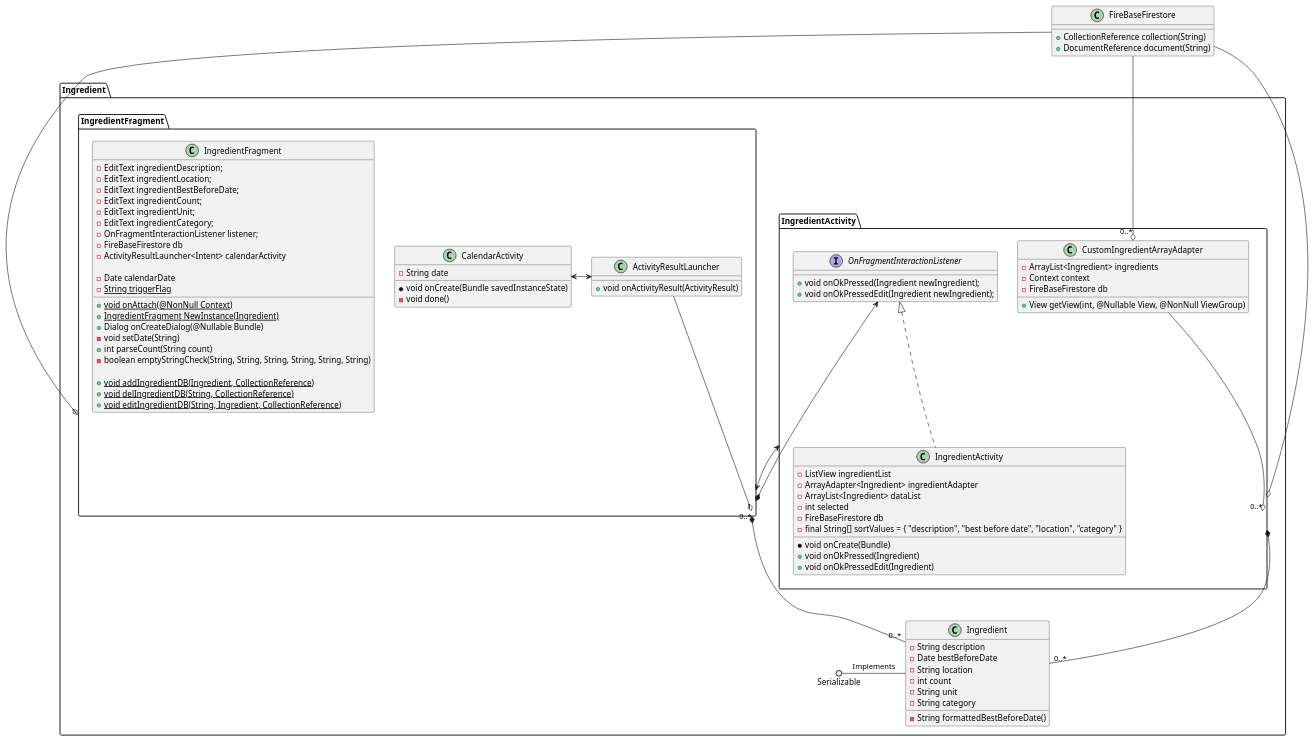
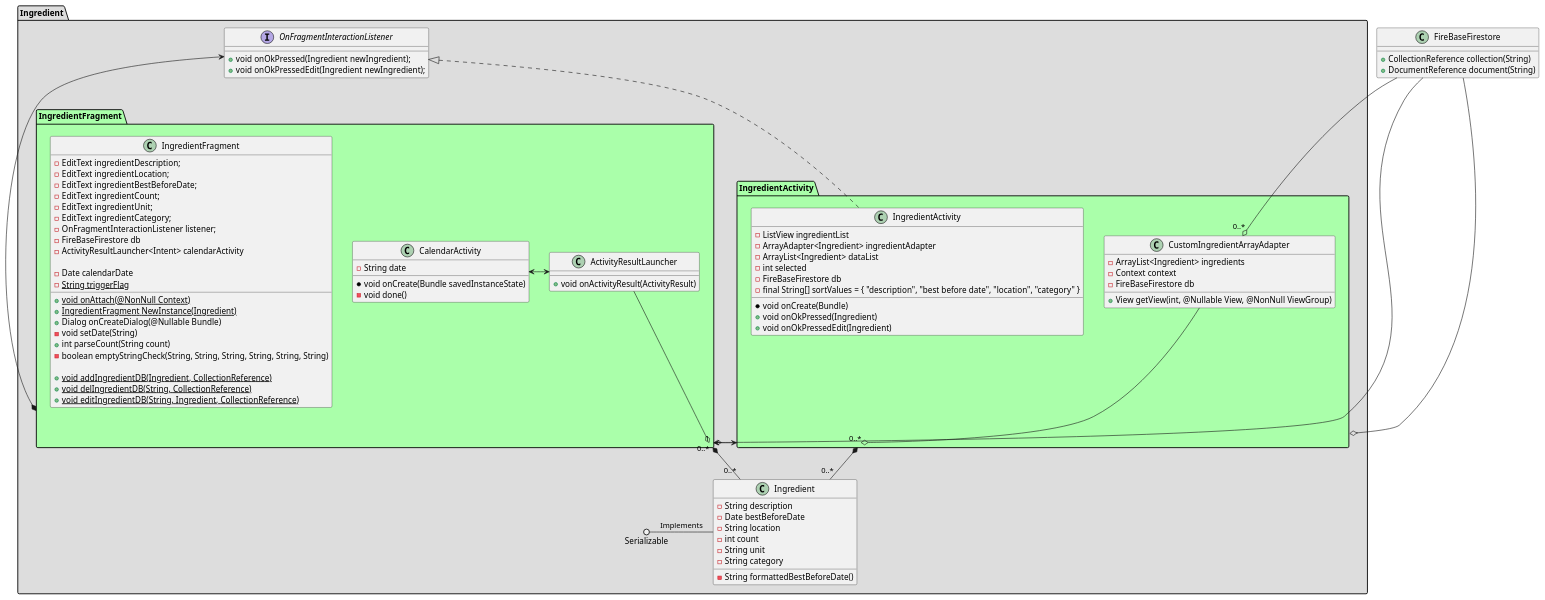
One commit to CMPUT301F22T31/FoodCart changed the diagram in doc/source/IngredientUML.puml. Above: the diagram before and after it, drawn with PlantUML. The commit also changed 4 other files, not shown here.

Commit message:
UML done, only needs comments

```diff
--- a/doc/source/IngredientUML.puml
+++ b/doc/source/IngredientUML.puml
@@ -1,107 +1,107 @@
 @startuml
 'https://plantuml.com/class-diagram
 
 class FireBaseFirestore
 {
     +CollectionReference collection(String)
     +DocumentReference document(String)
 }
 
-package Ingredient
+package Ingredient #DDD
 {
     class Ingredient
     {
         -String description
         -Date bestBeforeDate
         -String location
         -int count
         -String unit
         -String category
 
         -String formattedBestBeforeDate()
     }
-    package IngredientFragment
+    package IngredientFragment #AFA
     {
         class ActivityResultLauncher
         {
             +void onActivityResult(ActivityResult)
         }
         class CalendarActivity
         {
             - String date
             * void onCreate(Bundle savedInstanceState)
             - void done()
         }
         class IngredientFragment
         {
             -EditText ingredientDescription;
             -EditText ingredientLocation;
             -EditText ingredientBestBeforeDate;
             -EditText ingredientCount;
             -EditText ingredientUnit;
             -EditText ingredientCategory;
             -OnFragmentInteractionListener listener;
             -FireBaseFirestore db
             -ActivityResultLauncher<Intent> calendarActivity
 
             - Date calendarDate
             - {static} String triggerFlag
 
             + {static} void onAttach(@NonNull Context)
             + {static} IngredientFragment NewInstance(Ingredient)
             + Dialog onCreateDialog(@Nullable Bundle)
             - void setDate(String)
             + int parseCount(String count)
             - boolean emptyStringCheck(String, String, String, String, String, String)
 
             + {static}void addIngredientDB(Ingredient, CollectionReference)
             + {static}void delIngredientDB(String, CollectionReference)
             + {static}void editIngredientDB(String, Ingredient, CollectionReference)
         }
     }
-    package IngredientActivity
+    package IngredientActivity #AFA
     {
-        interface OnFragmentInteractionListener
+        interface Ingredient.OnFragmentInteractionListener
         {
             +void onOkPressed(Ingredient newIngredient);
             +void onOkPressedEdit(Ingredient newIngredient);
         }
         class CustomIngredientArrayAdapter
         {
             - ArrayList<Ingredient> ingredients
             - Context context
             - FireBaseFirestore db
 
             + View getView(int, @Nullable View, @NonNull ViewGroup)
         }
-        class IngredientActivity implements OnFragmentInteractionListener
+        class IngredientActivity implements Ingredient.OnFragmentInteractionListener
         {
             -ListView ingredientList
             -ArrayAdapter<Ingredient> ingredientAdapter
             -ArrayList<Ingredient> dataList
             -int selected
             -FireBaseFirestore db
             -final String[] sortValues = { "description", "best before date", "location", "category" }
 
             *void onCreate(Bundle)
             +void onOkPressed(Ingredient)
             +void onOkPressedEdit(Ingredient)
         }
 
     }
     Serializable ()- Ingredient : Implements
 
     IngredientActivity  *--   "0..*" Ingredient
     IngredientFragment  *--   "0..*" Ingredient
     CustomIngredientArrayAdapter --o IngredientActivity
 
     FireBaseFirestore --o "0..*" IngredientActivity
     FireBaseFirestore --o "0..*" CustomIngredientArrayAdapter
     FireBaseFirestore --o "0..*" IngredientFragment
 
-    OnFragmentInteractionListener <-* IngredientFragment
+    Ingredient.OnFragmentInteractionListener <-* IngredientFragment
     IngredientActivity <-> IngredientFragment
     CalendarActivity <-> ActivityResultLauncher
     ActivityResultLauncher --o "1" IngredientFragment
 }
 @enduml
```
